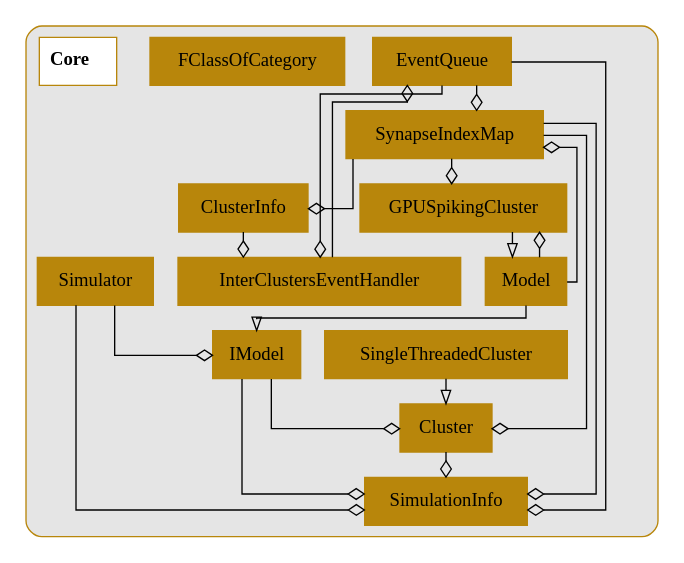
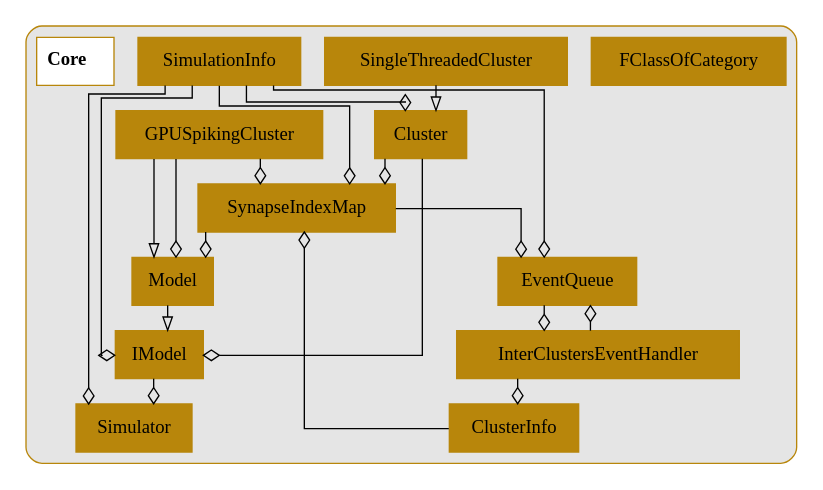
The diagram in Tools/DiagramGenerator/ExampleOutputs/dot_subsystems/Core.dot (UWB-Biocomputing/BrainGrid), drawn with Graphviz before and after one commit. The commit also changed 6 other files, not shown here.

```diff
--- a/Tools/DiagramGenerator/ExampleOutputs/dot_subsystems/Core.dot
+++ b/Tools/DiagramGenerator/ExampleOutputs/dot_subsystems/Core.dot
@@ -1,70 +1,70 @@
 digraph{
 	 graph [splines=ortho]
 
 	subgraph clusterCore {
 		style = rounded
 		bgcolor = grey90
 		color = darkgoldenrod
 		node [shape = record, color = darkgoldenrod];
 
 		Cluster[label = Cluster, style = filled];
 		ClusterInfo[label = ClusterInfo, style = filled];
 		EventQueue[label = EventQueue, style = filled];
 		FClassOfCategory[label = FClassOfCategory, style = filled];
 		GPUSpikingCluster[label = GPUSpikingCluster, style = filled];
 		IModel[label = IModel, style = filled];
 		InterClustersEventHandler[label = InterClustersEventHandler, style = filled];
 		Model[label = Model, style = filled];
 		SimulationInfo[label = SimulationInfo, style = filled];
 		Simulator[label = Simulator, style = filled];
 		SingleThreadedCluster[label = SingleThreadedCluster, style = filled];
 		SynapseIndexMap[label = SynapseIndexMap, style = filled];
 		Core[label =< <B> Core</B>>, style = bold, fillcolor = white, style = filled];
 
 
 		//------LAYOUT FOR SUBGRAPH------
 
 
 		rankdir = BT; // Rank Direction Bottom to Top
 		nodesep = 1.3; // Node Separation
 		ranksep = 1.3; // Rank Separation
 
 
 		//INHERITANCE//
 
 
 		GPUSpikingCluster -> Model [arrowhead=empty];
 
 		Model -> IModel [arrowhead=empty];
 
 		SingleThreadedCluster -> Cluster [arrowhead=empty];
 
 
 		//COMPOSITION//
 
 
-		Cluster -> SimulationInfo [arrowhead=ediamond];
+		SimulationInfo -> Cluster [arrowhead=ediamond];
 
-		ClusterInfo -> InterClustersEventHandler [arrowhead=ediamond];
+		InterClustersEventHandler -> ClusterInfo [arrowhead=ediamond];
+
+		InterClustersEventHandler -> EventQueue [arrowhead=ediamond];
+		SimulationInfo -> EventQueue [arrowhead=ediamond];
+		SynapseIndexMap -> EventQueue [arrowhead=ediamond];
+
+		Cluster -> IModel [arrowhead=ediamond];
+		SimulationInfo -> IModel [arrowhead=ediamond];
 
 		EventQueue -> InterClustersEventHandler [arrowhead=ediamond];
-		EventQueue -> SimulationInfo [arrowhead=ediamond];
-		EventQueue -> SynapseIndexMap [arrowhead=ediamond];
 
-		IModel -> Cluster [arrowhead=ediamond];
-		IModel -> SimulationInfo [arrowhead=ediamond];
+		GPUSpikingCluster -> Model [arrowhead=ediamond];
+		SynapseIndexMap -> Model [arrowhead=ediamond];
 
-		InterClustersEventHandler -> EventQueue [arrowhead=ediamond];
+		IModel -> Simulator [arrowhead=ediamond];
+		SimulationInfo -> Simulator [arrowhead=ediamond];
 
-		Model -> GPUSpikingCluster [arrowhead=ediamond];
-		Model -> SynapseIndexMap [arrowhead=ediamond];
-
-		Simulator -> IModel [arrowhead=ediamond];
-		Simulator -> SimulationInfo [arrowhead=ediamond];
-
-		SynapseIndexMap -> Cluster [arrowhead=ediamond];
-		SynapseIndexMap -> ClusterInfo [arrowhead=ediamond];
-		SynapseIndexMap -> GPUSpikingCluster [arrowhead=ediamond];
-		SynapseIndexMap -> SimulationInfo [arrowhead=ediamond];
+		Cluster -> SynapseIndexMap [arrowhead=ediamond];
+		ClusterInfo -> SynapseIndexMap [arrowhead=ediamond];
+		GPUSpikingCluster -> SynapseIndexMap [arrowhead=ediamond];
+		SimulationInfo -> SynapseIndexMap [arrowhead=ediamond];
 	}//end subgraph Core
 }//end digraph
```
